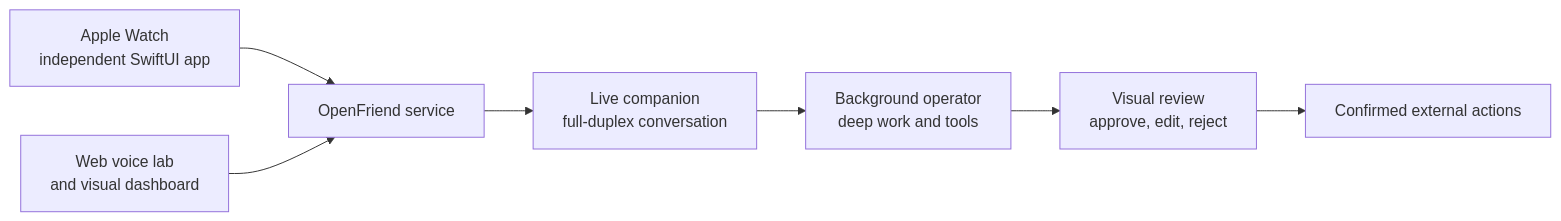
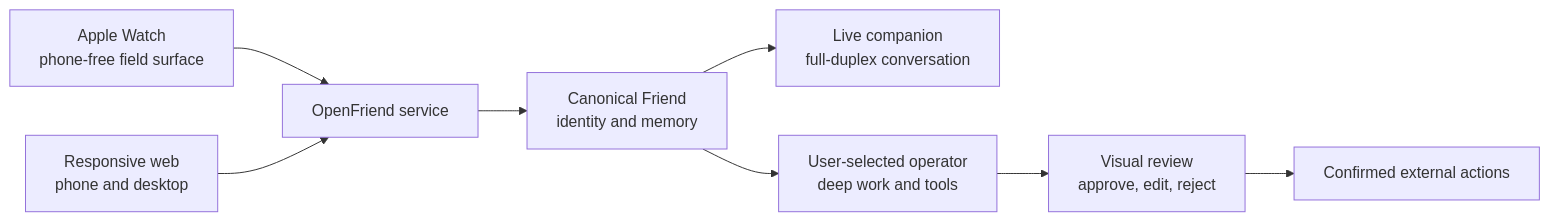
Before and after one commit to andrewsiah/openfriend: the diagram in README.md, drawn with Mermaid. The commit also changed other lines of this file and 12 other files, not shown here.

````diff
--- a/README.md
+++ b/README.md
@@ -65,9 +65,10 @@
 ```mermaid
 flowchart LR
-    Watch["Apple Watch\nindependent SwiftUI app"] --> Service["OpenFriend service"]
-    Web["Web voice lab\nand visual dashboard"] --> Service
-    Service --> Live["Live companion\nfull-duplex conversation"]
-    Live --> Operator["Background operator\ndeep work and tools"]
+    Watch["Apple Watch\nphone-free field surface"] --> Service["OpenFriend service"]
+    Web["Responsive web\nphone and desktop"] --> Service
+    Service --> Friend["Canonical Friend\nidentity and memory"]
+    Friend --> Live["Live companion\nfull-duplex conversation"]
+    Friend --> Operator["User-selected operator\ndeep work and tools"]
     Operator --> Review["Visual review\napprove, edit, reject"]
     Review --> Actions["Confirmed external actions"]
 ```
````
